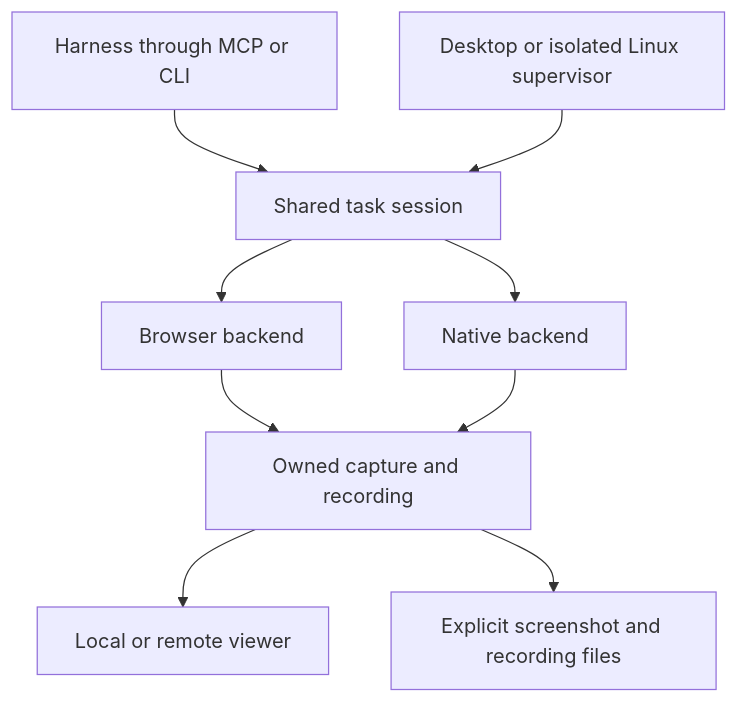
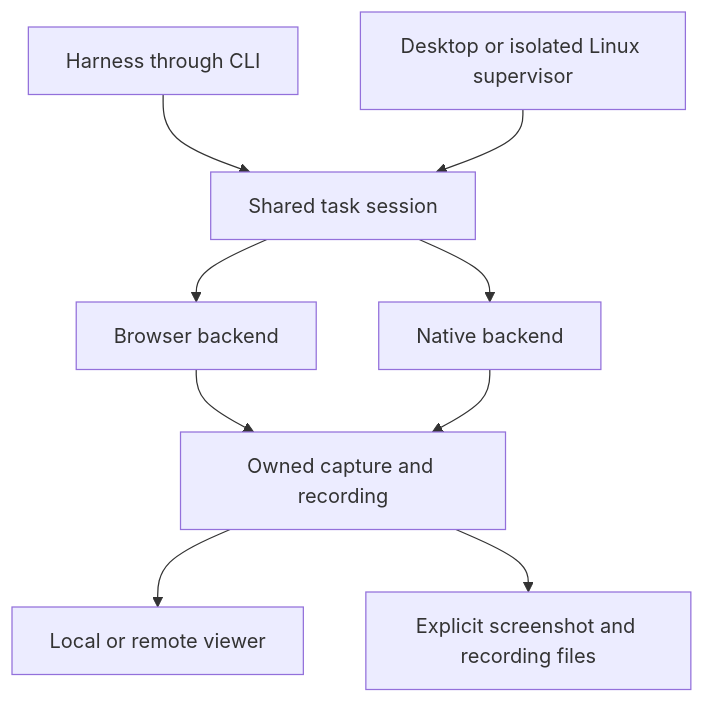
One commit to Verbiflow/mako changed the diagram in docs/local-control-architecture.md. Above: the diagram before and after it, drawn with Mermaid. The commit also changed other lines of this file and 8 other files, not shown here.

````diff
--- a/docs/local-control-architecture.md
+++ b/docs/local-control-architecture.md
@@ -11,11 +11,11 @@
 ```mermaid
 flowchart TD
-  Harness[Harness through MCP or CLI] --> Session[Shared task session]
+  Harness[Harness through CLI] --> Session[Shared task session]
   Session --> Browser[Browser backend]
   Session --> Native[Native backend]
   Browser --> Capture[Owned capture and recording]
   Native --> Capture
   Capture --> Viewer[Local or remote viewer]
   Capture --> Files[Explicit screenshot and recording files]
   Supervisor[Desktop or isolated Linux supervisor] --> Session
 ```
````
